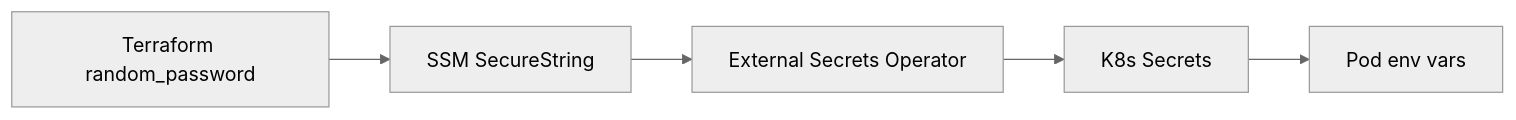
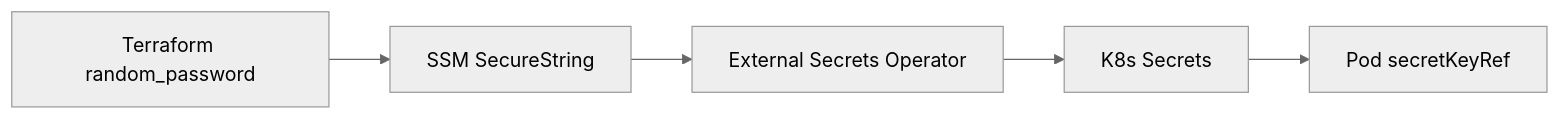
Before and after one commit to sanjeev0120test/k8AWS: the first of 6 diagrams in README.md, drawn with Mermaid (neutral theme). The commit also changed other lines of this file and 1 other file, not shown here.

````diff
--- a/README.md
+++ b/README.md
@@ -136,7 +205,7 @@
 ```mermaid
 flowchart LR
     TF["Terraform random_password"] --> SSM["SSM SecureString"]
     SSM --> ESO["External Secrets Operator"]
     ESO --> KS["K8s Secrets"]
-    KS --> POD["Pod env vars"]
+    KS --> POD["Pod secretKeyRef"]
 ```
````
